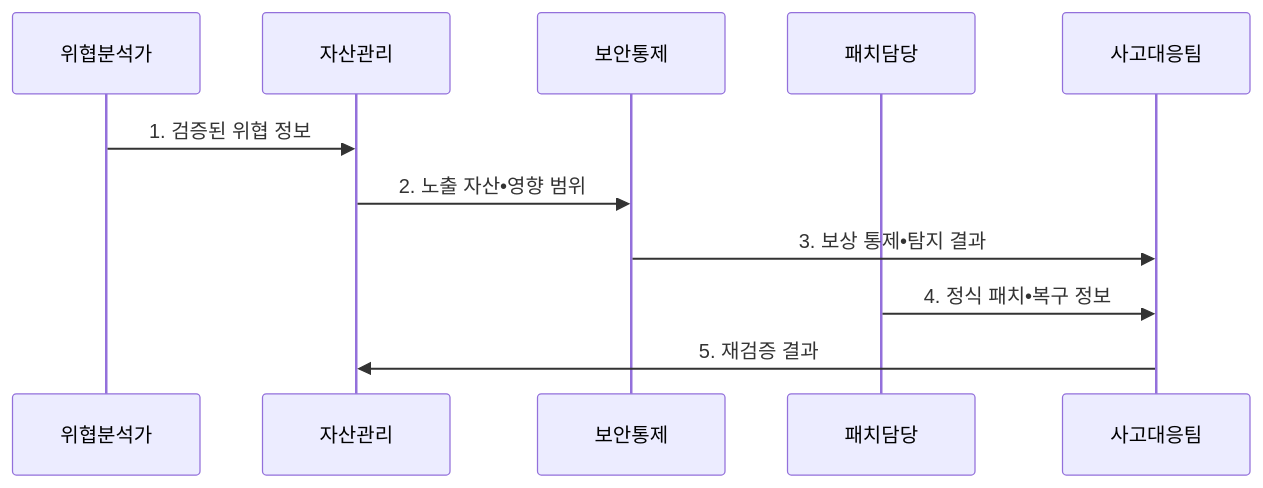
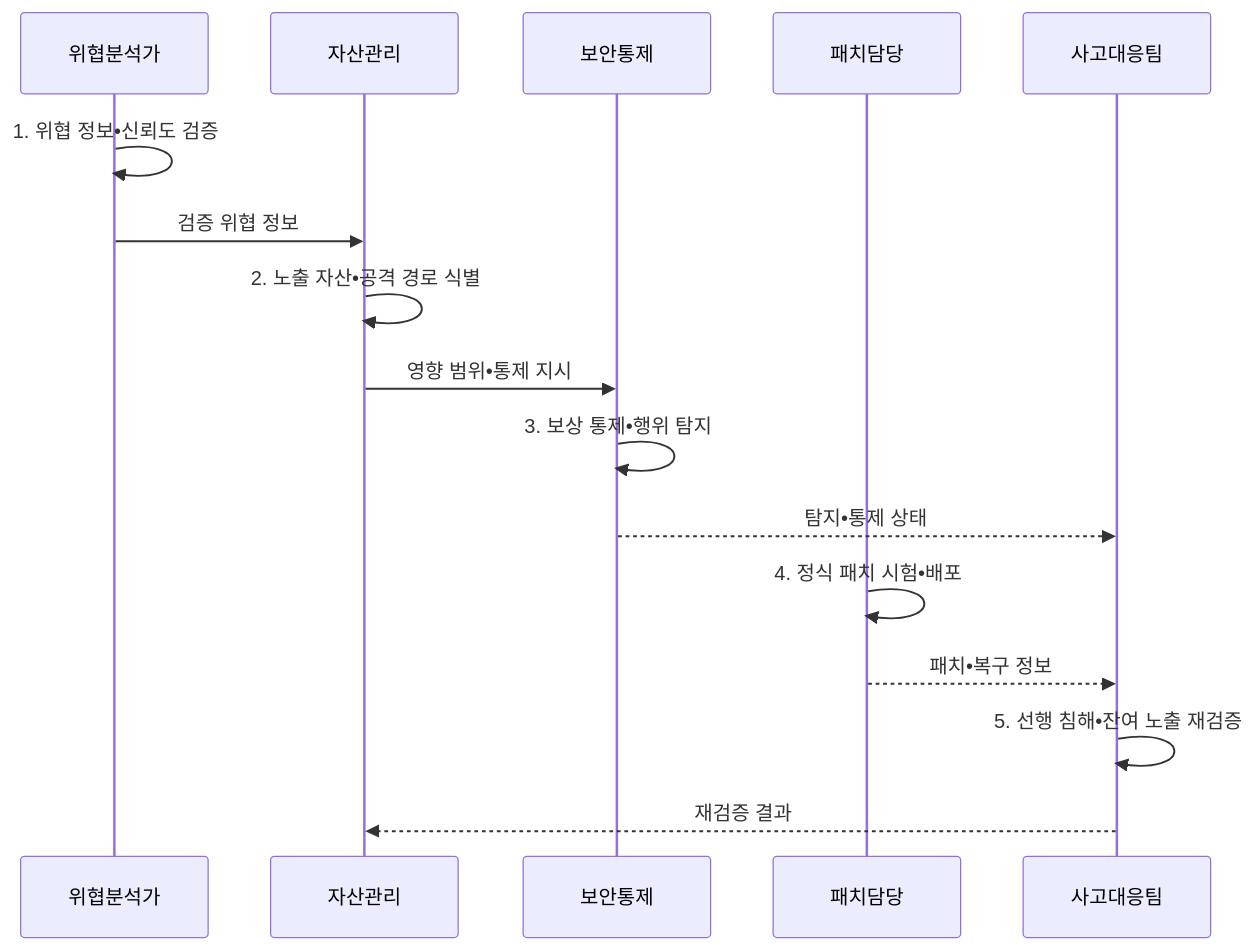
Before and after one commit to agnusdei1207/knowledge-base: the second of 2 diagrams in src/content/docs/notes/05-security/042_zero_day_vulnerability.md, drawn with Mermaid. The commit also changed other lines of this file and 19 other files, not shown here.

````diff
--- a/src/content/docs/notes/05-security/042_zero_day_vulnerability.md
+++ b/src/content/docs/notes/05-security/042_zero_day_vulnerability.md
@@ -101,13 +101,18 @@
 ```mermaid
 sequenceDiagram
     participant 위협분석가
     participant 자산관리
     participant 보안통제
     participant 패치담당
     participant 사고대응팀
-    위협분석가->>자산관리: 1. 검증된 위협 정보
-    자산관리->>보안통제: 2. 노출 자산•영향 범위
-    보안통제->>사고대응팀: 3. 보상 통제•탐지 결과
-    패치담당->>사고대응팀: 4. 정식 패치•복구 정보
-    사고대응팀->>자산관리: 5. 재검증 결과
+    위협분석가->>위협분석가: 1. 위협 정보•신뢰도 검증
+    위협분석가->>자산관리: 검증 위협 정보
+    자산관리->>자산관리: 2. 노출 자산•공격 경로 식별
+    자산관리->>보안통제: 영향 범위•통제 지시
+    보안통제->>보안통제: 3. 보상 통제•행위 탐지
+    보안통제-->>사고대응팀: 탐지•통제 상태
+    패치담당->>패치담당: 4. 정식 패치 시험•배포
+    패치담당-->>사고대응팀: 패치•복구 정보
+    사고대응팀->>사고대응팀: 5. 선행 침해•잔여 노출 재검증
+    사고대응팀-->>자산관리: 재검증 결과
 ```
````
